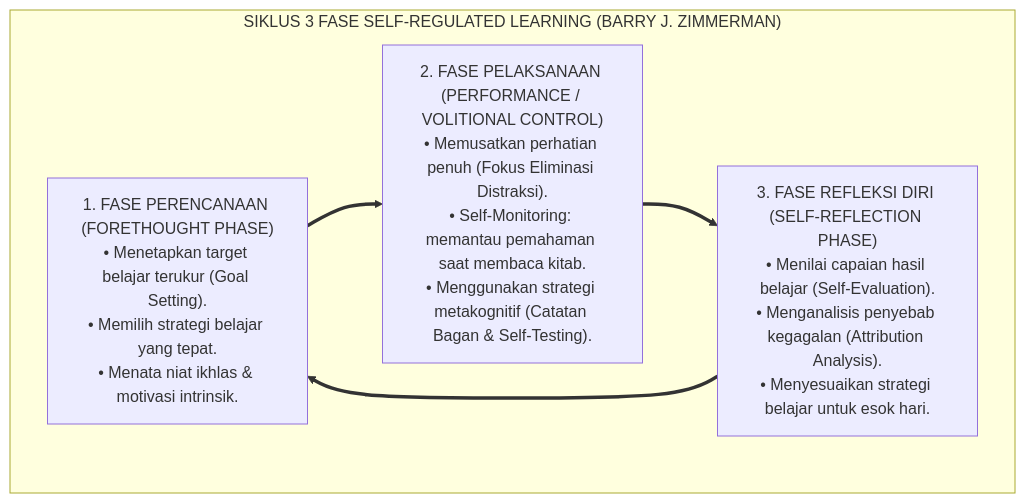
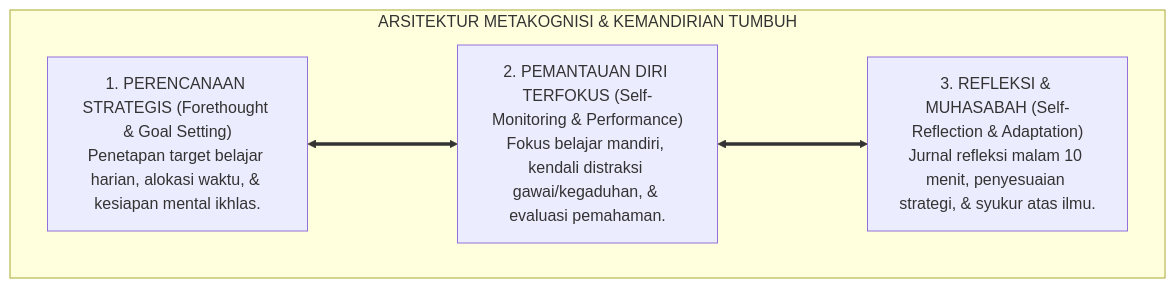
Before and after one commit to wandiapriliyandi/tumbuh: the second of 3 diagrams in 02 Principles/03 Learning Principles/P2-03-03-Prinsip-Metakognisi-dan-Kemandirian-Santri.md, drawn with Mermaid. The commit also changed other lines of this file and 6 other files, not shown here.

````diff
--- a/02 Principles/03 Learning Principles/P2-03-03-Prinsip-Metakognisi-dan-Kemandirian-Santri.md
+++ b/02 Principles/03 Learning Principles/P2-03-03-Prinsip-Metakognisi-dan-Kemandirian-Santri.md
@@ -106,12 +118,13 @@
 ```mermaid
 flowchart TD
-    subgraph SiklusSRLZimmerman["SIKLUS 3 FASE SELF-REGULATED LEARNING (BARRY J. ZIMMERMAN)"]
-        Fase1["1. FASE PERENCANAAN (FORETHOUGHT PHASE)<br/>• Menetapkan target belajar terukur (Goal Setting).<br/>• Memilih strategi belajar yang tepat.<br/>• Menata niat ikhlas & motivasi intrinsik."]
+    subgraph ArsitekturMetakognisiTUMBUH["ARSITEKTUR METAKOGNISI & KEMANDIRIAN TUMBUH"]
         
-        Fase2["2. FASE PELAKSANAAN (PERFORMANCE / VOLITIONAL CONTROL)<br/>• Memusatkan perhatian penuh (Fokus Eliminasi Distraksi).<br/>• Self-Monitoring: memantau pemahaman saat membaca kitab.<br/>• Menggunakan strategi metakognitif (Catatan Bagan & Self-Testing)."]
+        M1_Sayap["1. PERENCANAAN STRATEGIS (Forethought & Goal Setting)<br/>Penetapan target belajar harian, alokasi waktu, & kesiapan mental ikhlas."]
         
-        Fase3["3. FASE REFLEKSI DIRI (SELF-REFLECTION PHASE)<br/>• Menilai capaian hasil belajar (Self-Evaluation).<br/>• Menganalisis penyebab kegagalan (Attribution Analysis).<br/>• Menyesuaikan strategi belajar untuk esok hari."]
+        M2_Sayap["2. PEMANTAUAN DIRI TERFOKUS (Self-Monitoring & Performance)<br/>Fokus belajar mandiri, kendali distraksi gawai/kegaduhan, & evaluasi pemahaman."]
         
-        Fase1 ==> Fase2 ==> Fase3 ==> Fase1
+        M3_Sayap["3. REFLEKSI & MUHASABAH (Self-Reflection & Adaptation)<br/>Jurnal refleksi malam 10 menit, penyesuaian strategi, & syukur atas ilmu."]
+        
+        M1_Sayap <===> M2_Sayap <===> M3_Sayap
     end
 ```
````
